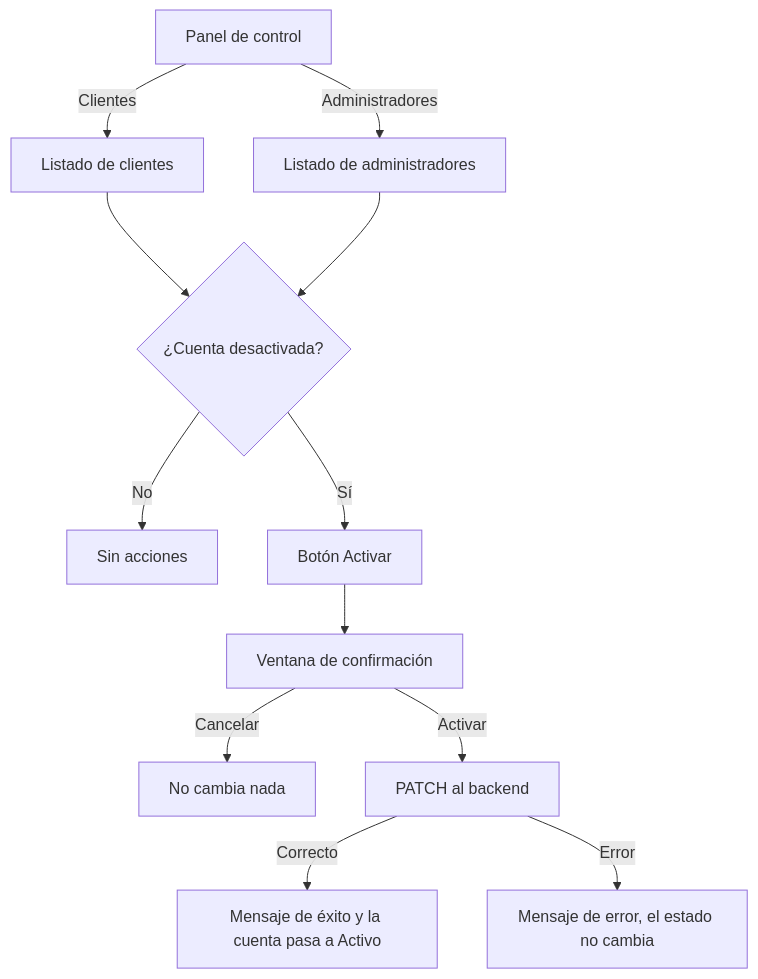
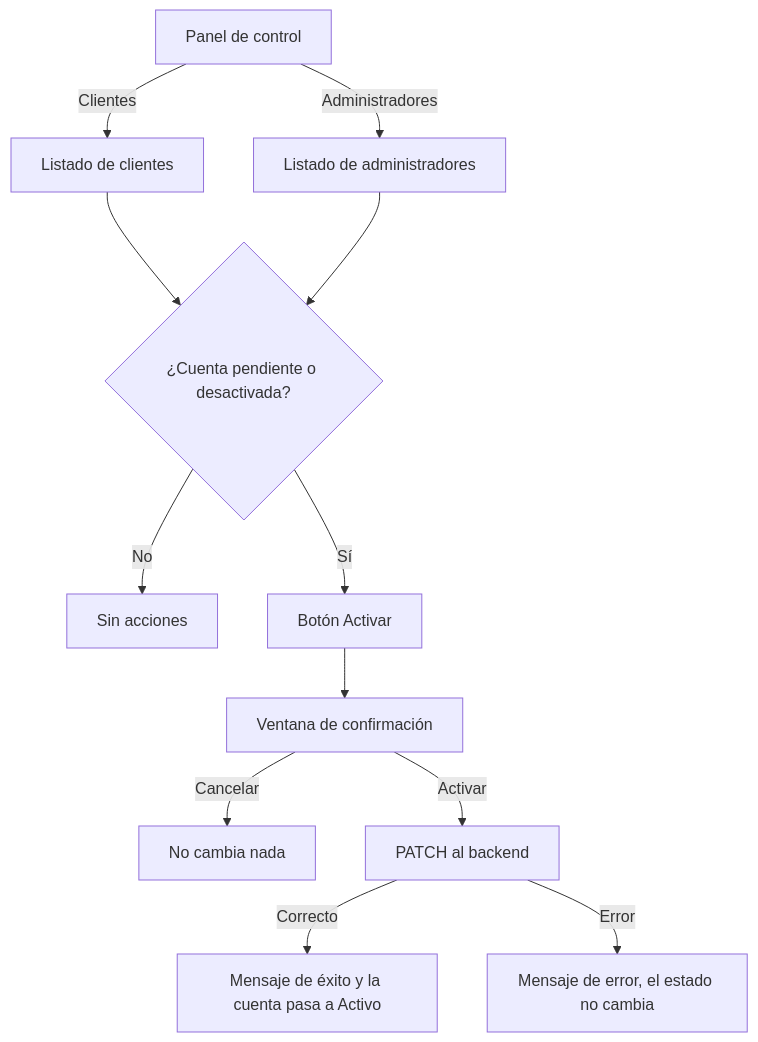
One commit to ESIBuy-2026-2027/ESIBuy-Mantenimiento changed the diagram in frontend/docs/hu24-activar-usuario.md. Above: the diagram before and after it, drawn with Mermaid. The commit also changed other lines of this file and 4 other files, not shown here.

Commit message:
docs(front-HU1): documenta la cuenta pendiente tras el registro y corrige los documentos de la HU19, HU20, HU23 y HU24 AB#234

````diff
--- a/frontend/docs/hu24-activar-usuario.md
+++ b/frontend/docs/hu24-activar-usuario.md
@@ -49,14 +50,14 @@
 ```mermaid
 flowchart TD
     A[Panel de control] -- Clientes --> B[Listado de clientes]
     A -- Administradores --> C[Listado de administradores]
-    B --> D{¿Cuenta desactivada?}
+    B --> D{¿Cuenta pendiente o desactivada?}
     C --> D
     D -- No --> E[Sin acciones]
     D -- Sí --> F[Botón Activar]
     F --> G[Ventana de confirmación]
     G -- Cancelar --> H[No cambia nada]
     G -- Activar --> I[PATCH al backend]
     I -- Correcto --> J[Mensaje de éxito y la cuenta pasa a Activo]
     I -- Error --> K[Mensaje de error, el estado no cambia]
 ```
````
